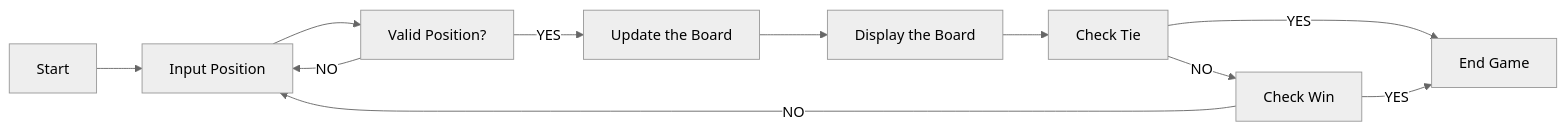
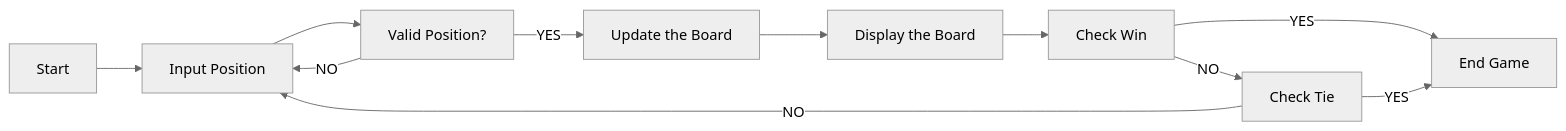
Before and after one commit to xiangshiyin/python-for-kids: the first of 2 diagrams in 2023-2024/2024-01-27/README.md, drawn with Mermaid (neutral theme).

Commit message:
note update

````diff
--- a/2023-2024/2024-01-27/README.md
+++ b/2023-2024/2024-01-27/README.md
@@ -29,13 +29,13 @@
 ```mermaid
 graph LR;
     A[Start] --> B[Input Position];
     B --> H[Valid Position?];
     H --> |YES| C[Update the Board];
     H --> |NO| B;
     C --> D[Display the Board];
-    D --> E[Check Tie];
+    D --> E[Check Win];
     E --> |YES|F[End Game];
-    E --> |NO|G[Check Win];
+    E --> |NO|G[Check Tie];
     G --> |YES|F;
     G --> |NO|B;
 ```
````
